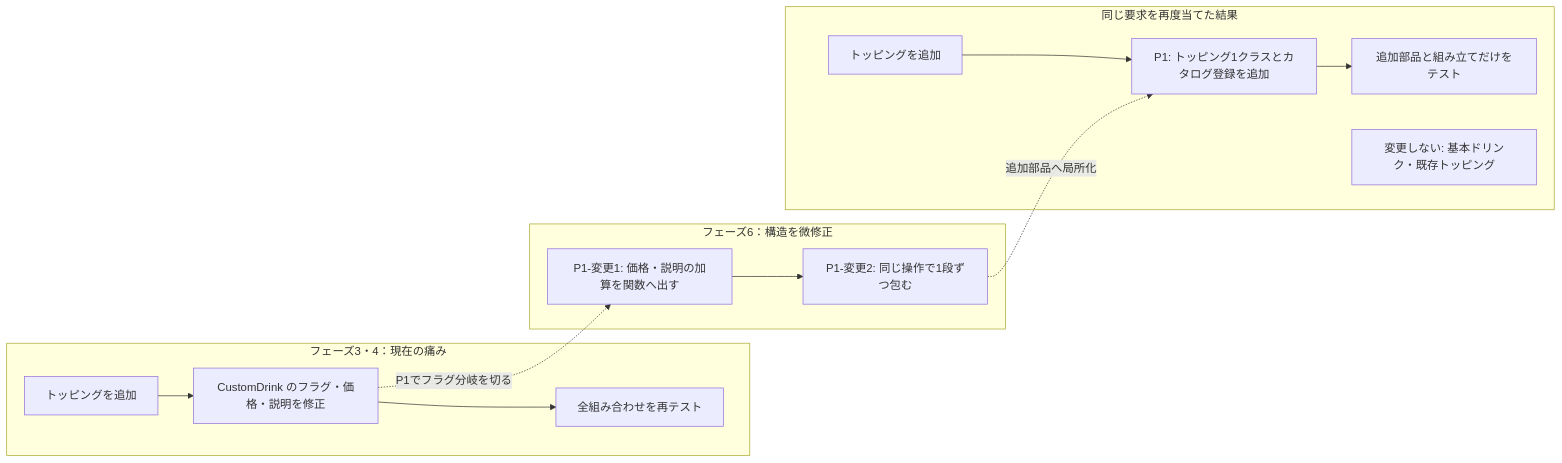
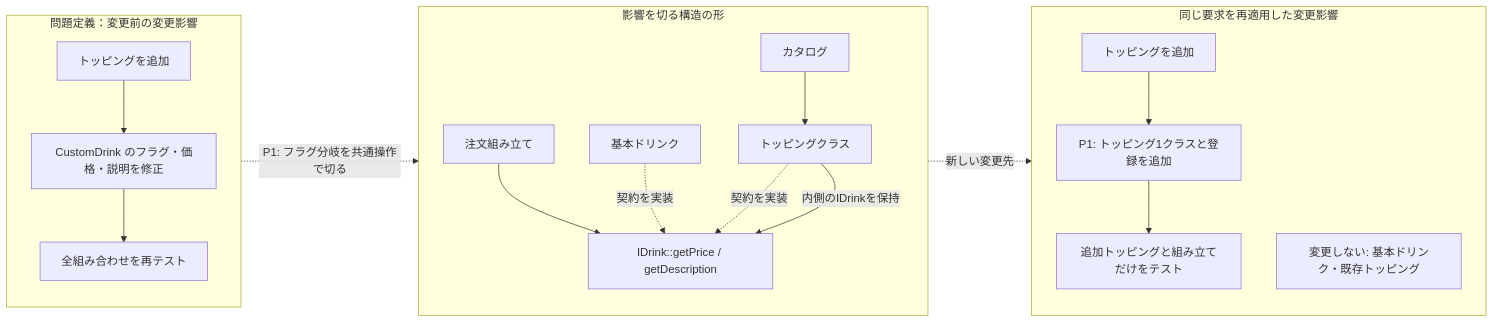
The sixth of 13 diagrams in kindle/design-patterns/output/chapter06.md (kumachan1101-pixel/DesignPattern), drawn with Mermaid before and after one commit. The commit also changed other lines of this file and 22 other files, not shown here.

Commit message:
Show structural change in impact diagrams

````diff
--- a/kindle/design-patterns/output/chapter06.md
+++ b/kindle/design-patterns/output/chapter06.md
@@ -820,17 +821,24 @@
 ```mermaid
 flowchart LR
-    subgraph Pain["フェーズ3・4：現在の痛み"]
+    subgraph Pain["問題定義：変更前の変更影響"]
+        direction TB
         CR["トッピングを追加"] --> C1["CustomDrink のフラグ・価格・説明を修正"]
         C1 --> C2["全組み合わせを再テスト"]
     end
-    subgraph StructuralChange["フェーズ6：構造を微修正"]
-        S1["P1-変更1: 価格・説明の加算を関数へ出す"] --> S2["P1-変更2: 同じ操作で1段ずつ包む"]
+    subgraph TargetStructure["影響を切る構造の形"]
+        direction TB
+        O["注文組み立て"] --> D["IDrink::getPrice / getDescription"]
+        B["基本ドリンク"] -. "契約を実装" .-> D
+        T["トッピングクラス"] -. "契約を実装" .-> D
+        T -->|"内側のIDrinkを保持"| D
+        Cat["カタログ"] --> T
     end
-    subgraph Result["同じ要求を再度当てた結果"]
-        IR["トッピングを追加"] --> I1["P1: トッピング1クラスとカタログ登録を追加"]
-        I1 --> I2["追加部品と組み立てだけをテスト"]
+    subgraph Result["同じ要求を再適用した変更影響"]
+        direction TB
+        IR["トッピングを追加"] --> I1["P1: トッピング1クラスと登録を追加"]
+        I1 --> I2["追加トッピングと組み立てだけをテスト"]
         IS["変更しない: 基本ドリンク・既存トッピング"]
     end
-    C1 -. "P1でフラグ分岐を切る" .-> S1
-    S2 -. "追加部品へ局所化" .-> I1
+    C1 -. "P1: フラグ分岐を共通操作で切る" .-> D
+    T -. "新しい変更先" .-> I1
 ```
````
